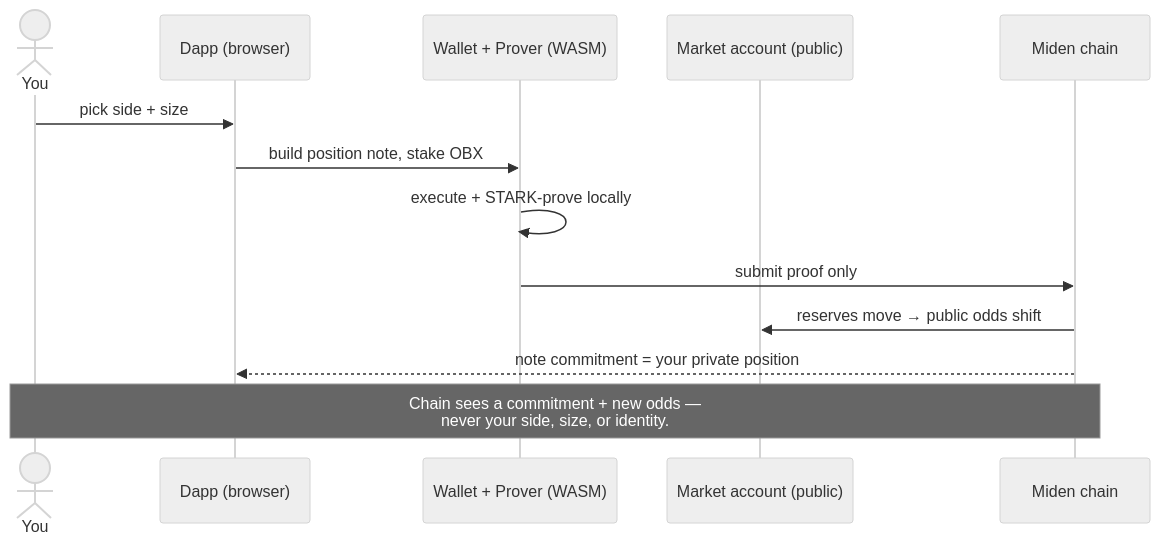
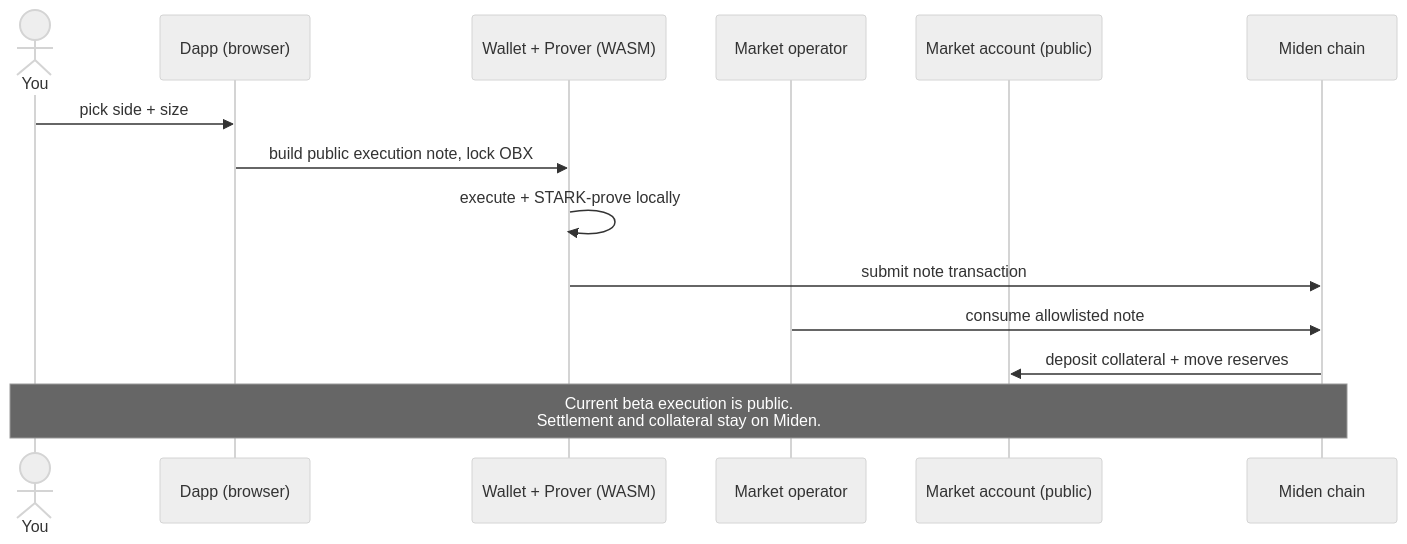
One commit to Adityaakr/subrosa changed the second of 4 diagrams in README.md. Above: the diagram before and after it, drawn with Mermaid. The commit also changed other lines of this file and 13 other files, not shown here.

````diff
--- a/README.md
+++ b/README.md
@@ -91,21 +96,22 @@
 ```mermaid
 ---
 config:
   look: handDrawn
   theme: neutral
 ---
 sequenceDiagram
   actor U as You
   participant App as Dapp (browser)
   participant W as Wallet + Prover (WASM)
+  participant O as Market operator
   participant M as Market account (public)
   participant Ch as Miden chain
 
   U->>App: pick side + size
-  App->>W: build position note, stake OBX
+  App->>W: build public execution note, lock OBX
   W->>W: execute + STARK-prove locally
-  W->>Ch: submit proof only
-  Ch->>M: reserves move → public odds shift
-  Ch-->>App: note commitment = your private position
-  Note over U,Ch: Chain sees a commitment + new odds —<br/>never your side, size, or identity.
+  W->>Ch: submit note transaction
+  O->>Ch: consume allowlisted note
+  Ch->>M: deposit collateral + move reserves
+  Note over U,Ch: Current beta execution is public.<br/>Settlement and collateral stay on Miden.
 ```
````
